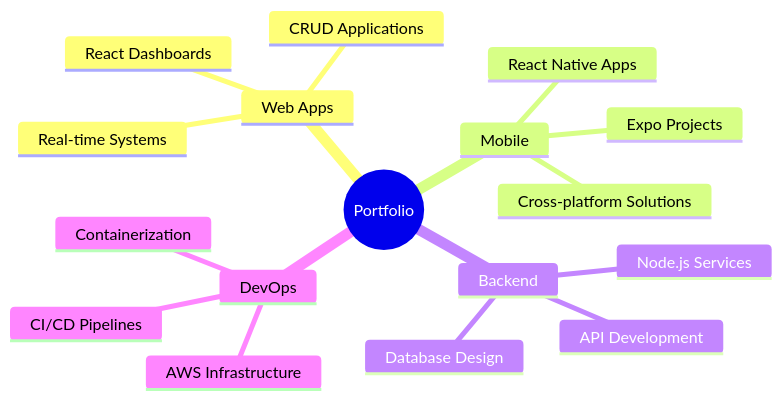
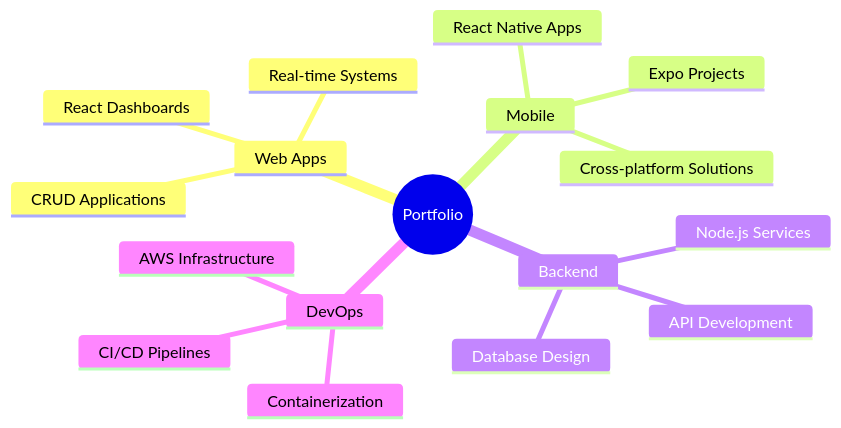
Before and after one commit to esadkrs/esadkrs: the diagram in README.md, drawn with Mermaid. The commit also changed other lines of this file, not shown here.

````diff
--- a/README.md
+++ b/README.md
@@ -42,20 +87,20 @@
 ```mermaid
 mindmap
   root((Portfolio))
     Web Apps
-      React Dashboards
       CRUD Applications
       Real-time Systems
+      React Dashboards
     Mobile
       React Native Apps
+      Cross-platform Solutions
       Expo Projects
-      Cross-platform Solutions
     Backend
+      API Development
       Node.js Services
-      API Development
       Database Design
     DevOps
       AWS Infrastructure
       CI/CD Pipelines
       Containerization
 ```
````
